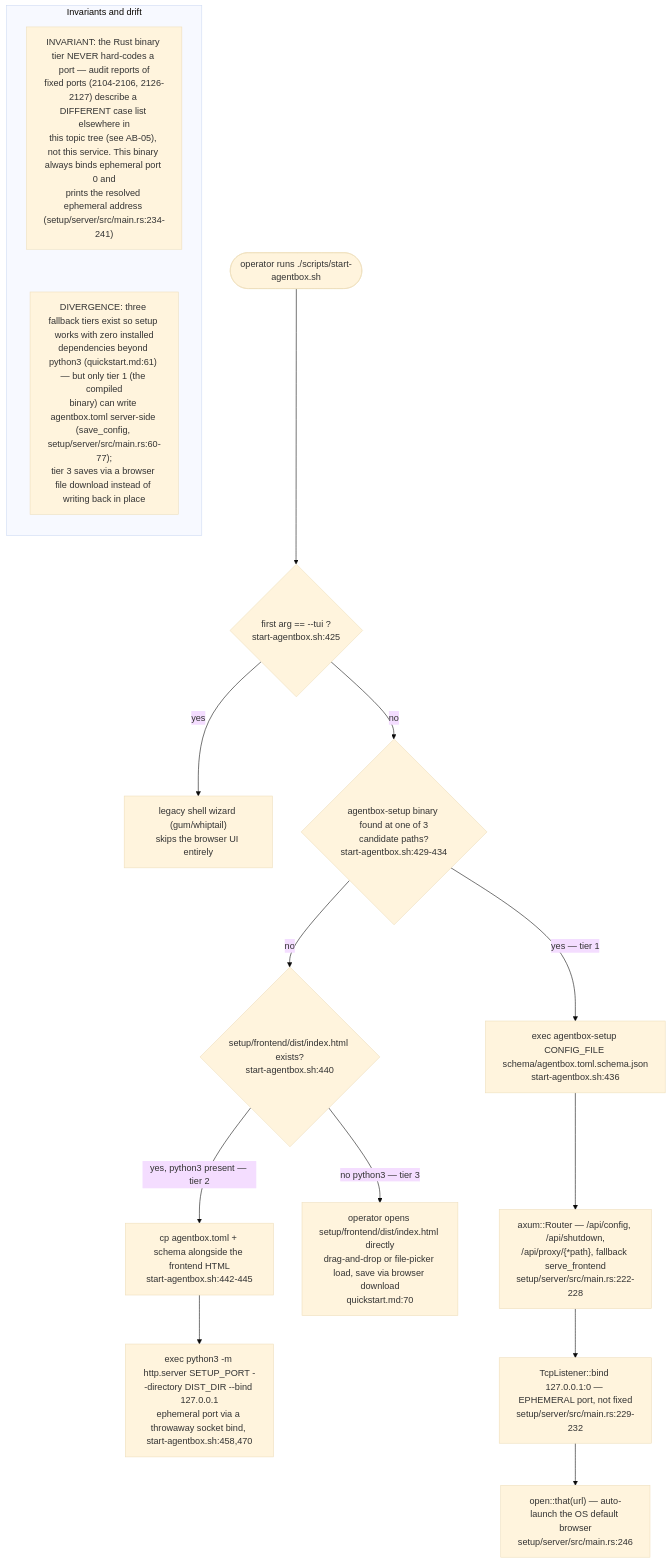
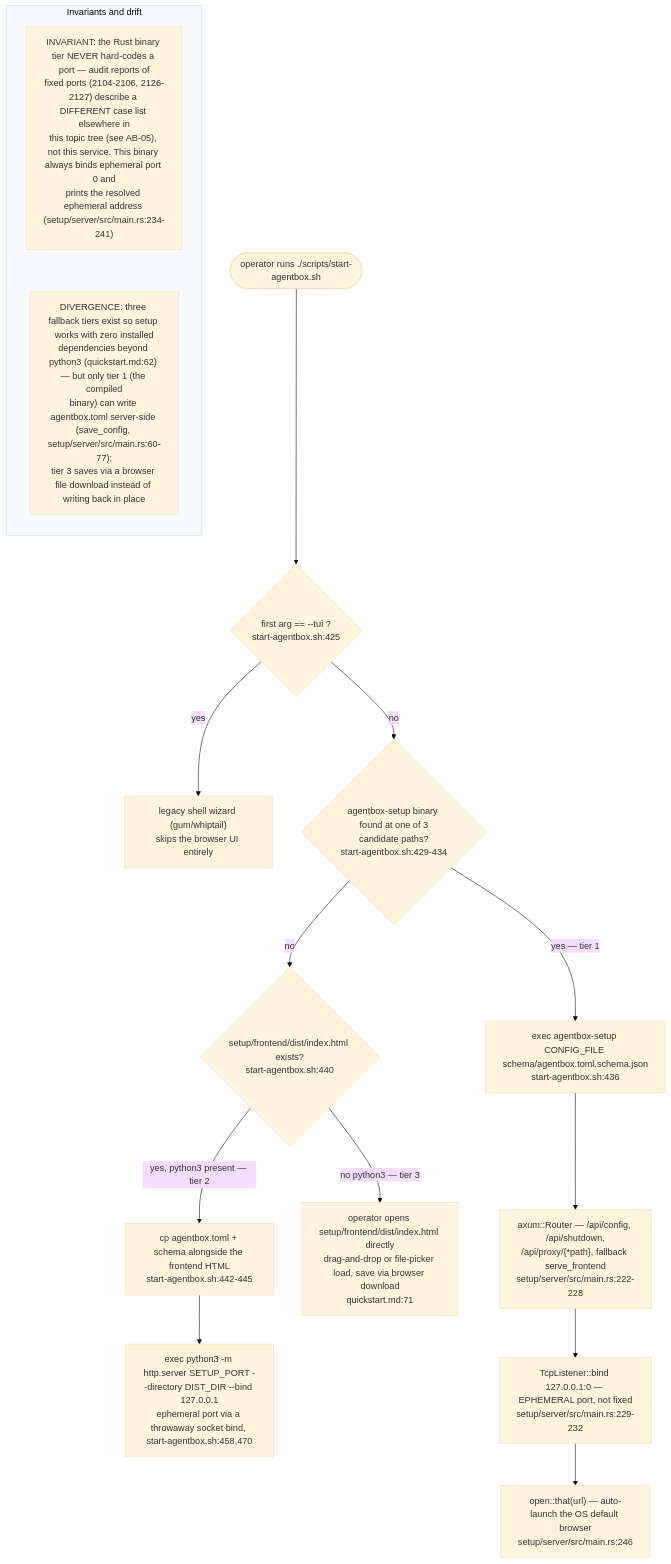
One commit to DreamLab-AI/VisionFlow changed the second of 5 diagrams in docs/diagrams/agentbox/30-supporting-services-secret-backup-setup-https-bridge.md. Above: the diagram before and after it, drawn with Mermaid (base theme). The commit also changed other lines of this file and 28 other files, not shown here.

````diff
--- a/docs/diagrams/agentbox/30-supporting-services-secret-backup-setup-https-bridge.md
+++ b/docs/diagrams/agentbox/30-supporting-services-secret-backup-setup-https-bridge.md
@@ -53,20 +53,20 @@
 ```mermaid
 flowchart TD
     START(["operator runs ./scripts/start-agentbox.sh"]) --> TUI{"first arg == --tui ?<br/>start-agentbox.sh:425"}
     TUI -->|yes| LEGACY["legacy shell wizard #40;gum/whiptail#41;<br/>skips the browser UI entirely"]
     TUI -->|no| BINCHECK{"agentbox-setup binary found at one of 3<br/>candidate paths?<br/>start-agentbox.sh:429-434"}
     BINCHECK -->|"yes — tier 1"| EXECBIN["exec agentbox-setup CONFIG_FILE schema/agentbox.toml.schema.json<br/>start-agentbox.sh:436"]
     BINCHECK -->|no| FRONTENDCHECK{"setup/frontend/dist/index.html exists?<br/>start-agentbox.sh:440"}
     FRONTENDCHECK -->|"yes, python3 present — tier 2"| COPYFILES["cp agentbox.toml + schema alongside the frontend HTML<br/>start-agentbox.sh:442-445"]
     COPYFILES --> PYSERVE["exec python3 -m http.server SETUP_PORT --directory DIST_DIR --bind 127.0.0.1<br/>ephemeral port via a throwaway socket bind, start-agentbox.sh:458,470"]
-    FRONTENDCHECK -->|"no python3 — tier 3"| MANUAL["operator opens setup/frontend/dist/index.html directly<br/>drag-and-drop or file-picker load, save via browser download<br/>quickstart.md:70"]
+    FRONTENDCHECK -->|"no python3 — tier 3"| MANUAL["operator opens setup/frontend/dist/index.html directly<br/>drag-and-drop or file-picker load, save via browser download<br/>quickstart.md:71"]
     EXECBIN --> AXUM["axum::Router — /api/config, /api/shutdown,<br/>/api/proxy/#123;*path#125;, fallback serve_frontend<br/>setup/server/src/main.rs:222-228"]
     AXUM --> BIND["TcpListener::bind 127.0.0.1:0 — EPHEMERAL port, not fixed<br/>setup/server/src/main.rs:229-232"]
     BIND --> OPEN["open::that#40;url#41; — auto-launch the OS default browser<br/>setup/server/src/main.rs:246"]
     subgraph notes["Invariants and drift"]
         direction TB
         N1["INVARIANT: the Rust binary tier NEVER hard-codes a port — audit reports of<br/>fixed ports #40;2104-2106, 2126-2127#41; describe a DIFFERENT case list elsewhere in<br/>this topic tree #40;see AB-05#41;, not this service. This binary always binds ephemeral port 0 and<br/>prints the resolved ephemeral address #40;setup/server/src/main.rs:234-241#41;"]
-        N2["DIVERGENCE: three fallback tiers exist so setup works with zero installed<br/>dependencies beyond python3 #40;quickstart.md:61#41; — but only tier 1 #40;the compiled<br/>binary#41; can write agentbox.toml server-side #40;save_config, setup/server/src/main.rs:60-77#41;;<br/>tier 3 saves via a browser file download instead of writing back in place"]
+        N2["DIVERGENCE: three fallback tiers exist so setup works with zero installed<br/>dependencies beyond python3 #40;quickstart.md:62#41; — but only tier 1 #40;the compiled<br/>binary#41; can write agentbox.toml server-side #40;save_config, setup/server/src/main.rs:60-77#41;;<br/>tier 3 saves via a browser file download instead of writing back in place"]
         N1 ~~~ N2
     end
 ```
````
